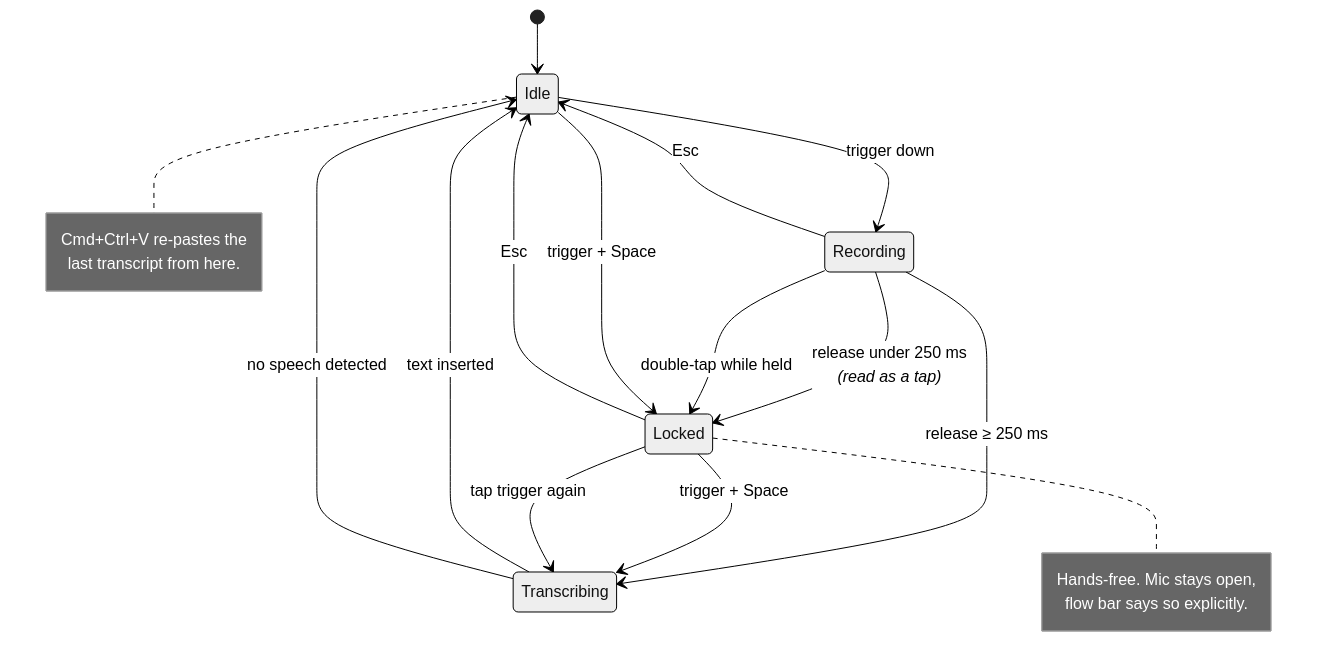
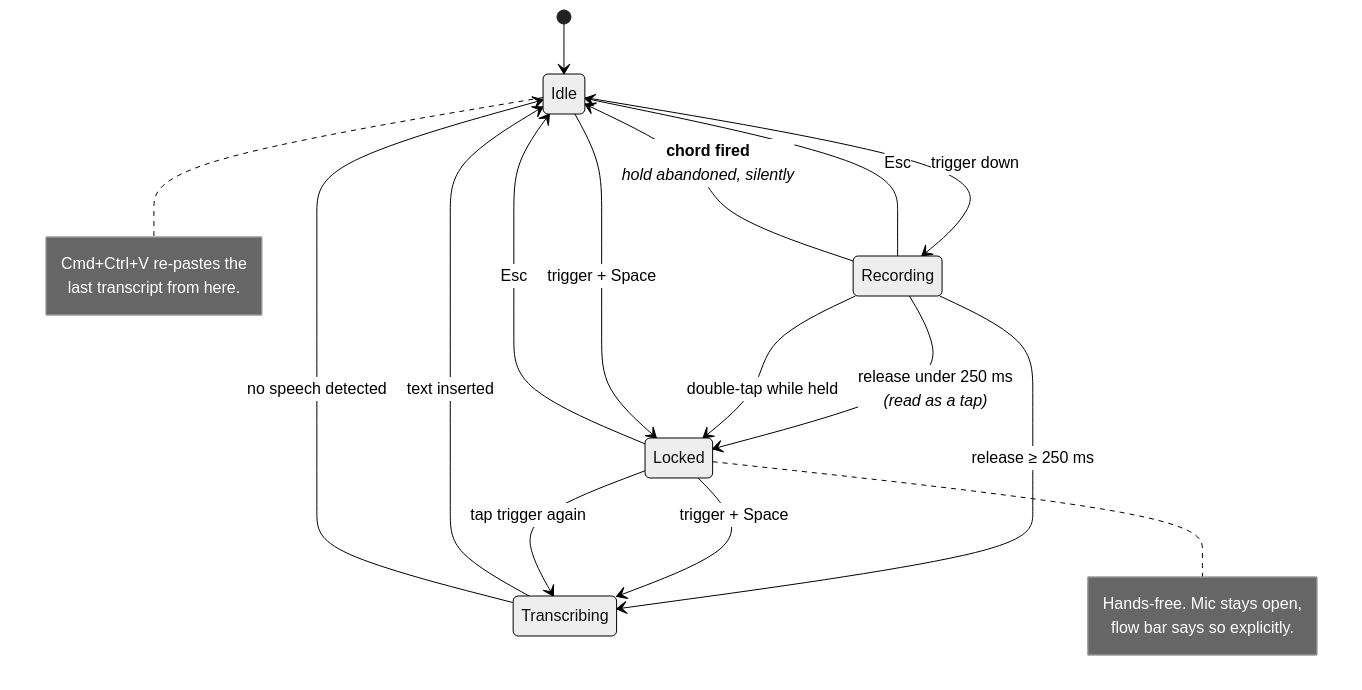
Before and after one commit to Ashwin3919/LocalFlow: the third of 13 diagrams in docs/ARCHITECTURE.md, drawn with Mermaid (neutral theme). The commit also changed other lines of this file, not shown here.

````diff
--- a/docs/ARCHITECTURE.md
+++ b/docs/ARCHITECTURE.md
@@ -184,29 +212,30 @@
 ```mermaid
 stateDiagram-v2
     [*] --> Idle
 
     Idle --> Recording: trigger down
     Recording --> Locked: release under 250 ms<br/><i>(read as a tap)</i>
     Recording --> Locked: double-tap while held
     Recording --> Transcribing: release ≥ 250 ms
     Recording --> Idle: Esc
+    Recording --> Idle: <b>chord fired</b><br/><i>hold abandoned, silently</i>
 
     Locked --> Transcribing: trigger + Space
     Locked --> Transcribing: tap trigger again
     Locked --> Idle: Esc
 
     Idle --> Locked: trigger + Space
 
     Transcribing --> Idle: text inserted
     Transcribing --> Idle: no speech detected
 
     note right of Locked
         Hands-free. Mic stays open,
         flow bar says so explicitly.
     end note
 
     note right of Idle
         Cmd+Ctrl+V re-pastes the
         last transcript from here.
     end note
 ```
````
